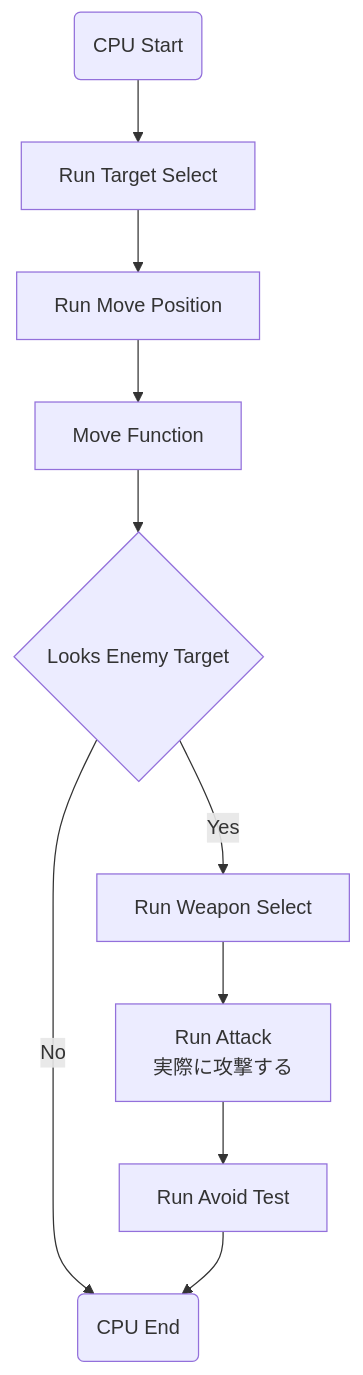
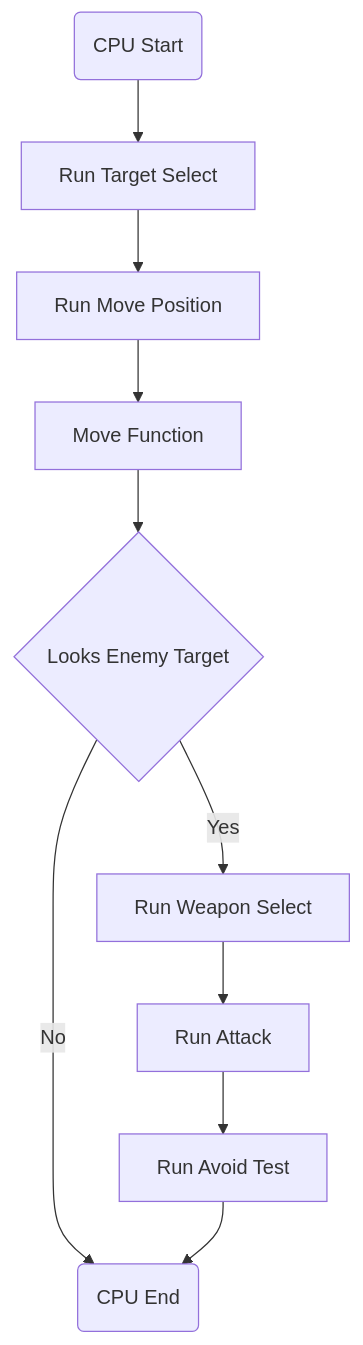
Before and after one commit to Chronoss0518/AfterToday_DemoMission_Remake: the diagram in ProjectDescription/CPU_TargetLookFlow.md, drawn with Mermaid. The commit also changed other lines of this file, not shown here.

````diff
--- a/ProjectDescription/CPU_TargetLookFlow.md
+++ b/ProjectDescription/CPU_TargetLookFlow.md
@@ -3,14 +3,14 @@
 ```mermaid
 graph TD;
 
     Start(CPU Start) --> RunTargetSelect[Run Target Select];
     RunTargetSelect --> RunMovePosition[Run Move Position];
     RunMovePosition --> MoveFunction[Move Function];
     MoveFunction --> LooksEnemyTarget{Looks Enemy Target};
     LooksEnemyTarget -- Yes --> RunWeaponSelect[Run Weapon Select];
-    RunWeaponSelect --> RunAttack[Run Attack<br>実際に攻撃する]
+    RunWeaponSelect --> RunAttack[Run Attack]
     RunAttack --> RunAvoidTest[Run Avoid Test];
     LooksEnemyTarget -- No --> End(CPU End)
     RunAvoidTest --> End;
 
 ```
````
